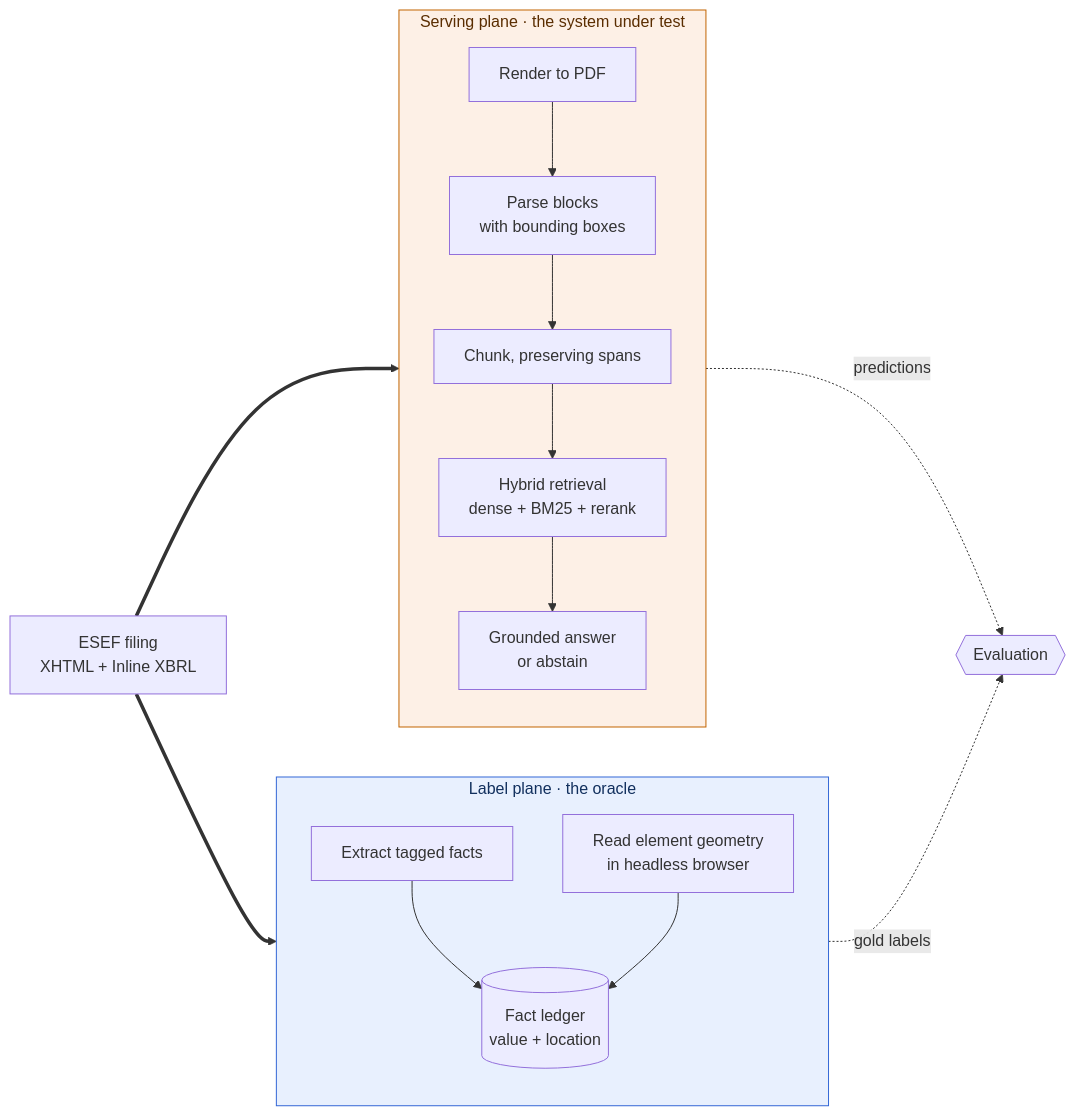
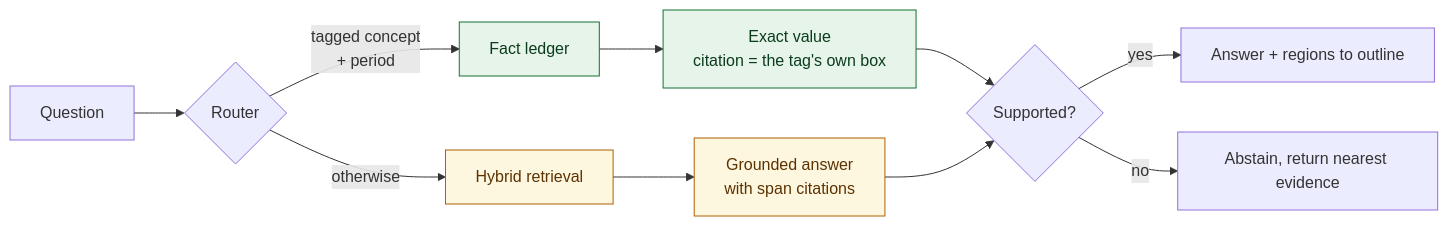
The diagram in README.md (Vijay190899/disclosure-rag), drawn with Mermaid before and after one commit. The commit also changed other lines of this file and 3 other files, not shown here.

````diff
--- a/README.md
+++ b/README.md
@@ -66,35 +72,20 @@
 ```mermaid
 flowchart LR
-    SRC["ESEF filing<br/>XHTML + Inline XBRL"]
+    Q["Question"] --> R{"Router"}
 
-    subgraph LP["Label plane · the oracle"]
-        direction TB
-        L1["Extract tagged facts"]
-        L2["Read element geometry<br/>in headless browser"]
-        LED[("Fact ledger<br/>value + location")]
-        L1 --> LED
-        L2 --> LED
-    end
+    R -->|"tagged concept<br/>+ period"| L["Fact ledger"]
+    R -->|"otherwise"| P["Hybrid retrieval"]
 
-    subgraph SP["Serving plane · the system under test"]
-        direction TB
-        S1["Render to PDF"]
-        S2["Parse blocks<br/>with bounding boxes"]
-        S3["Chunk, preserving spans"]
-        S4["Hybrid retrieval<br/>dense + BM25 + rerank"]
-        S5["Grounded answer<br/>or abstain"]
-        S1 --> S2 --> S3 --> S4 --> S5
-    end
+    L --> LA["Exact value<br/>citation = the tag's own box"]
+    P --> PA["Grounded answer<br/>with span citations"]
 
-    EVAL{{"Evaluation"}}
+    LA --> G{"Supported?"}
+    PA --> G
+    G -->|yes| OUT["Answer + regions to outline"]
+    G -->|no| ABS["Abstain, return nearest evidence"]
 
-    SRC ==> LP
-    SRC ==> SP
-    LED -. "gold labels" .-> EVAL
-    S5 -. "predictions" .-> EVAL
-
-    classDef oracle fill:#e8f0fe,stroke:#3367d6,color:#12305e
-    classDef sut fill:#fdf0e6,stroke:#c26401,color:#5a2d00
-    class LP oracle
-    class SP sut
+    classDef exact fill:#e6f4ea,stroke:#137333,color:#0b3d1c
+    classDef soft fill:#fef7e0,stroke:#b06000,color:#5c3200
+    class L,LA exact
+    class P,PA soft
 ```
````
